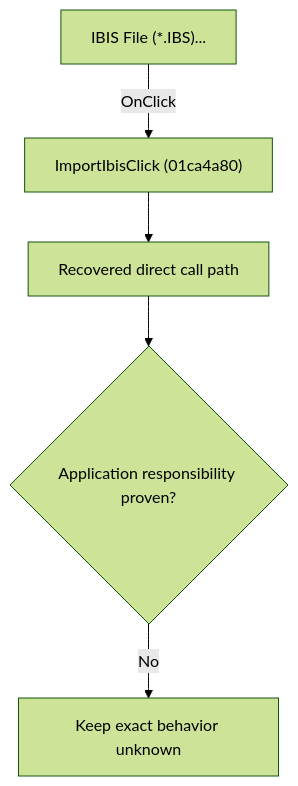
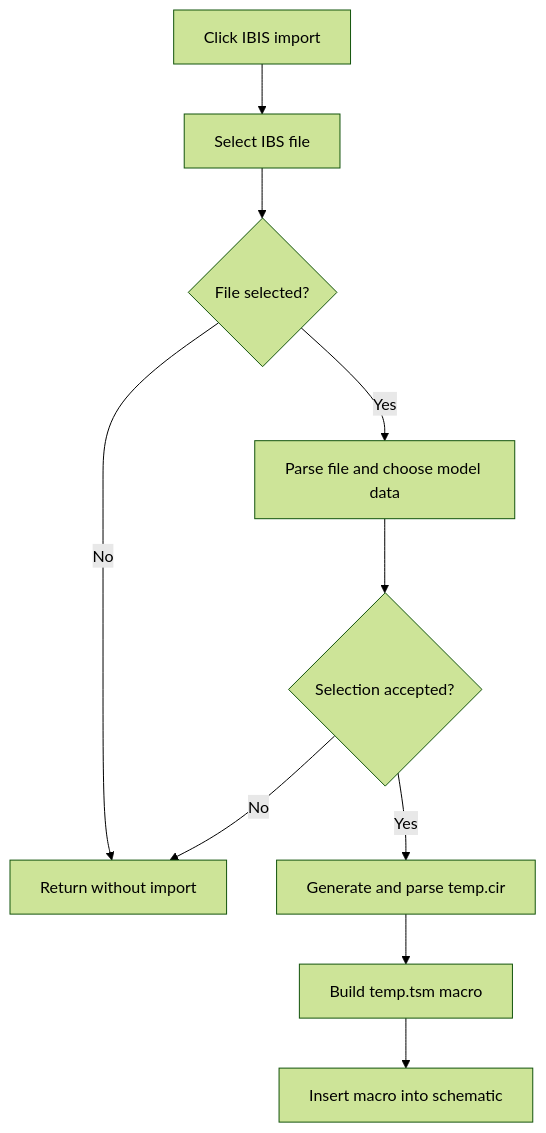
The diagram in docs/ui-controls/schematiceditor/importibis-4110a8a88f.md (MovGP0/TIARA), drawn with Mermaid (forest theme) before and after one commit. The commit also changed other lines of this file and 241 other files, not shown here.

````diff
--- a/docs/ui-controls/schematiceditor/importibis-4110a8a88f.md
+++ b/docs/ui-controls/schematiceditor/importibis-4110a8a88f.md
@@ -27,7 +27,12 @@
 ```mermaid
 flowchart TD
-    control["IBIS File (*.IBS)..."] -->|"OnClick"| handler["ImportIbisClick (01ca4a80)"]
-    handler --> recovered["Recovered direct call path"]
-    recovered --> gap{"Application responsibility proven?"}
-    gap -->|"No"| blocked["Keep exact behavior unknown"]
+    control["Click IBIS import"] --> open["Select IBS file"]
+    open --> selected{"File selected?"}
+    selected -->|"No"| stop["Return without import"]
+    selected -->|"Yes"| choose["Parse file and choose model data"]
+    choose --> accepted{"Selection accepted?"}
+    accepted -->|"No"| stop
+    accepted -->|"Yes"| circuit["Generate and parse temp.cir"]
+    circuit --> macro["Build temp.tsm macro"]
+    macro --> place["Insert macro into schematic"]
 ```
````
